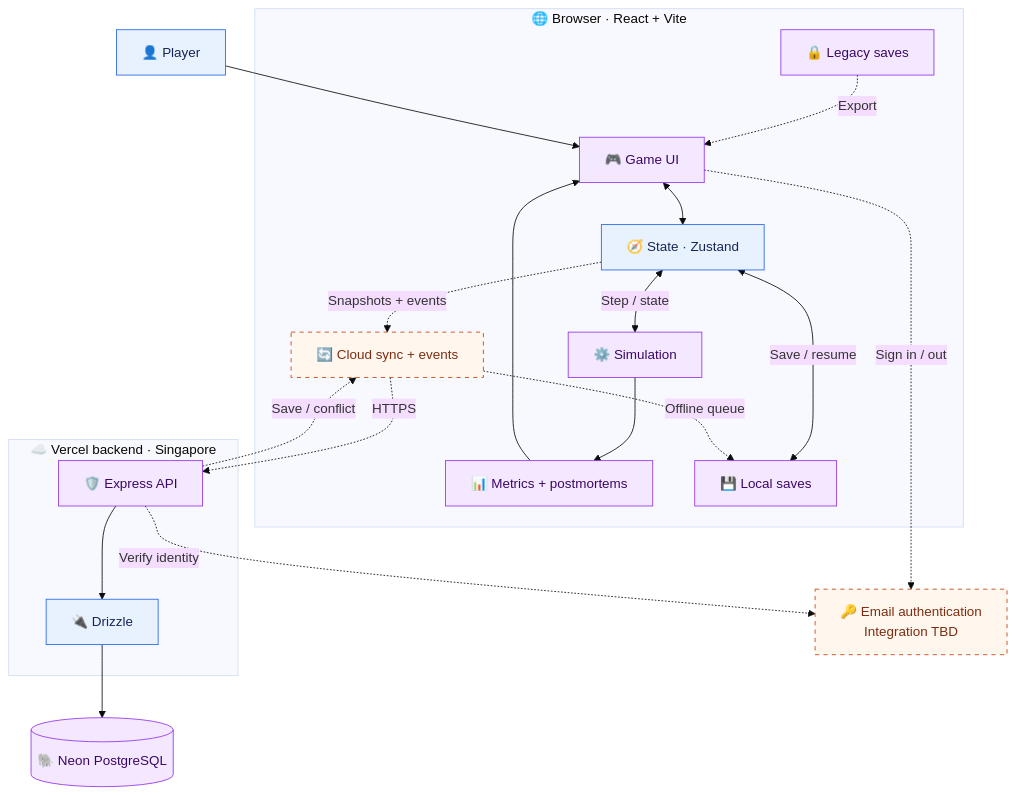
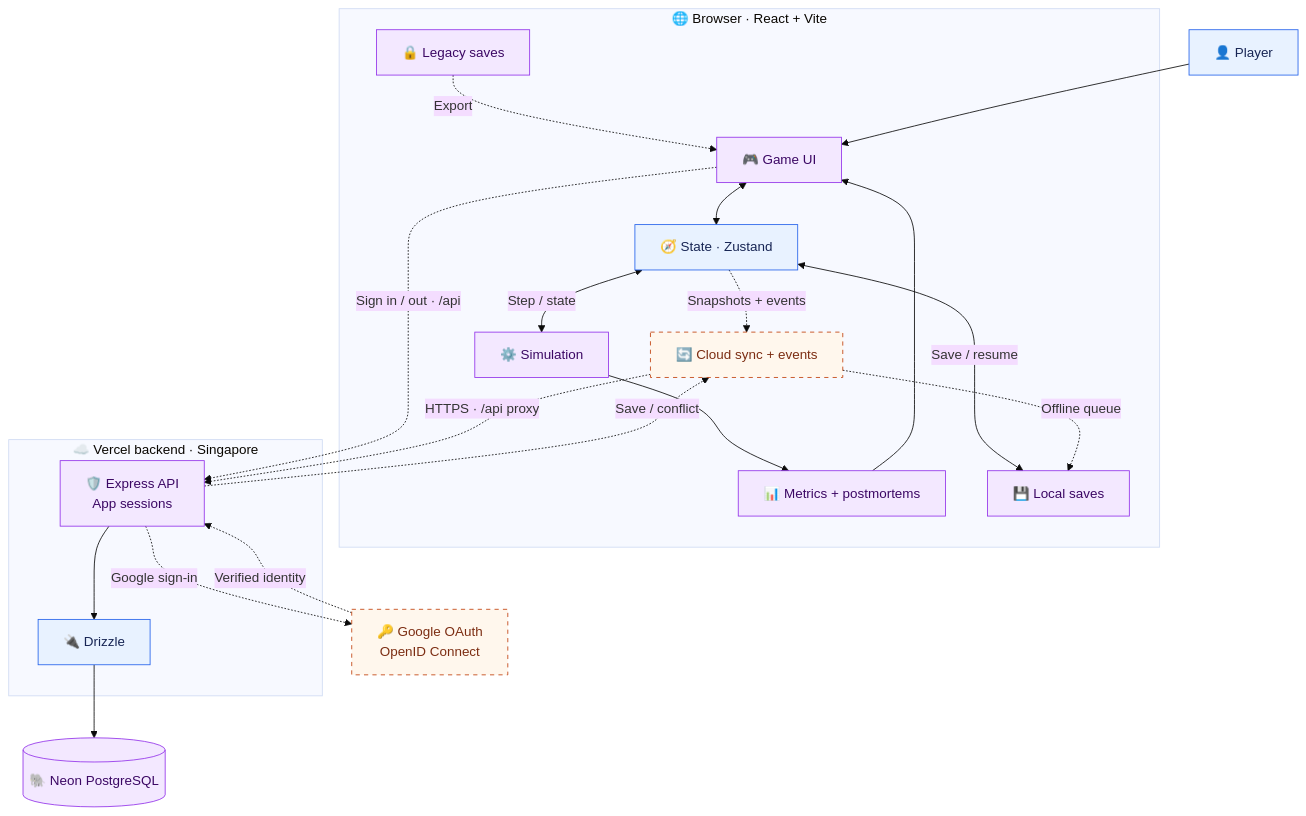
The first of 2 diagrams in docs/SYSTEM_ARCHITECTURE.md (CS3216-Final-Project/99.9-Percent), drawn with Mermaid (base theme) before and after one commit. The commit also changed other lines of this file and 11 other files, not shown here.

Commit message:
docs(auth): choose Google OAuth for MVP

````diff
--- a/docs/SYSTEM_ARCHITECTURE.md
+++ b/docs/SYSTEM_ARCHITECTURE.md
@@ -9,45 +9,46 @@
 ```mermaid
 flowchart TB
     player["👤 Player"]
 
     subgraph browser["🌐 Browser · React + Vite"]
         ui["🎮 Game UI"]
         store["🧭 State · Zustand"]
         sim["⚙️ Simulation"]
         reports["📊 Metrics + postmortems"]
         local["💾 Local saves"]
         legacy["🔒 Legacy saves"]
         sync["🔄 Cloud sync + events"]
 
         ui <--> store
         store <-->|"Step / state"| sim
         sim --> reports --> ui
         store <-->|"Save / resume"| local
         legacy -.->|"Export"| ui
         store -.->|"Snapshots + events"| sync
         sync -.->|"Offline queue"| local
     end
 
     subgraph backend["☁️ Vercel backend · Singapore"]
-        api["🛡️ Express API"]
+        api["🛡️ Express API<br/>App sessions"]
         drizzle["🔌 Drizzle"]
         api --> drizzle
     end
 
-    auth["🔑 Email authentication<br/>Integration TBD"]
+    auth["🔑 Google OAuth<br/>OpenID Connect"]
     neon[("🐘 Neon PostgreSQL")]
 
     player --> ui
-    ui -.->|"Sign in / out"| auth
-    sync -.->|"HTTPS"| api
+    ui -.->|"Sign in / out · /api"| api
+    sync -.->|"HTTPS · /api proxy"| api
     api -.->|"Save / conflict"| sync
-    api -.->|"Verify identity"| auth
+    api -.->|"Google sign-in"| auth
+    auth -.->|"Verified identity"| api
     drizzle --> neon
 
     classDef existing fill:#e8f2ff,stroke:#2563eb,color:#172554;
     classDef extended fill:#f3e8ff,stroke:#9333ea,color:#3b0764;
     classDef planned fill:#fff7ed,stroke:#c2410c,color:#7c2d12,stroke-dasharray:5 5;
     class player,store,drizzle existing;
     class ui,sim,reports,local,legacy,api,neon extended;
     class sync,auth planned;
 ```
````
